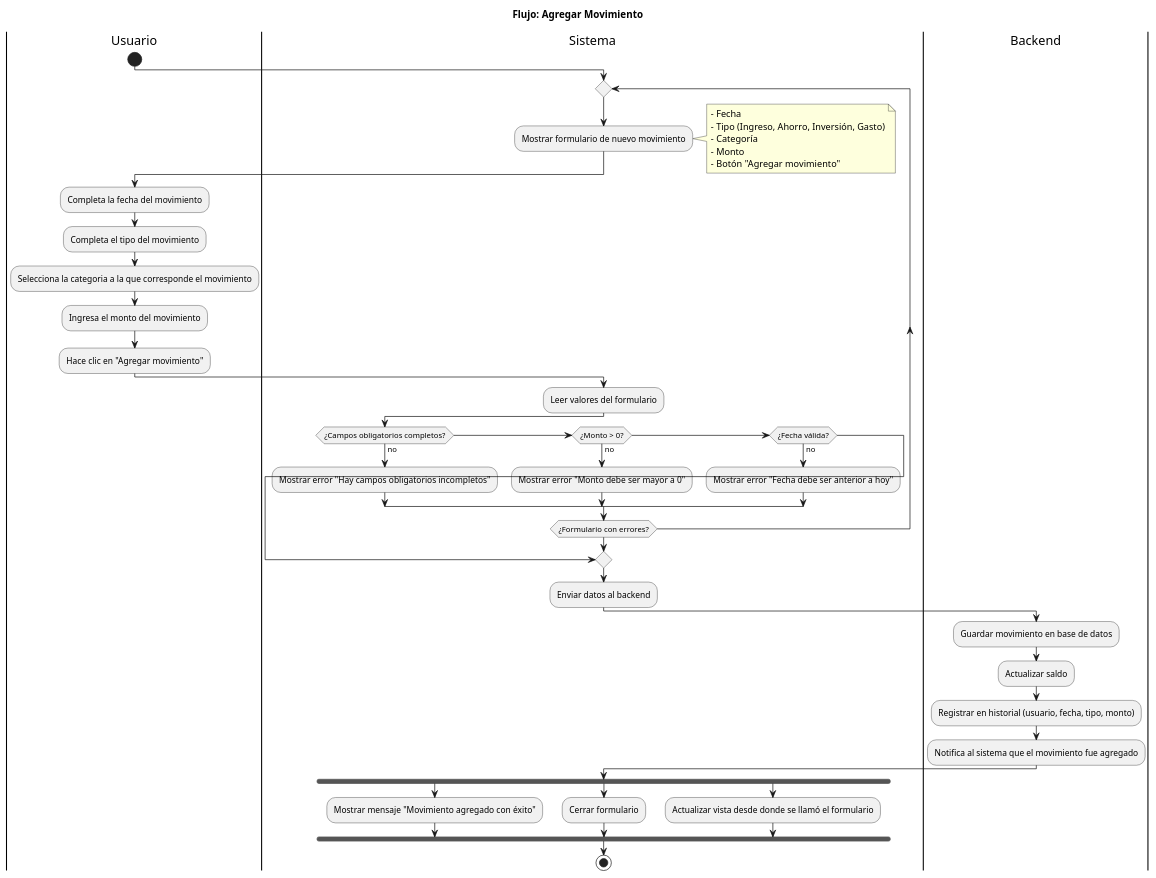
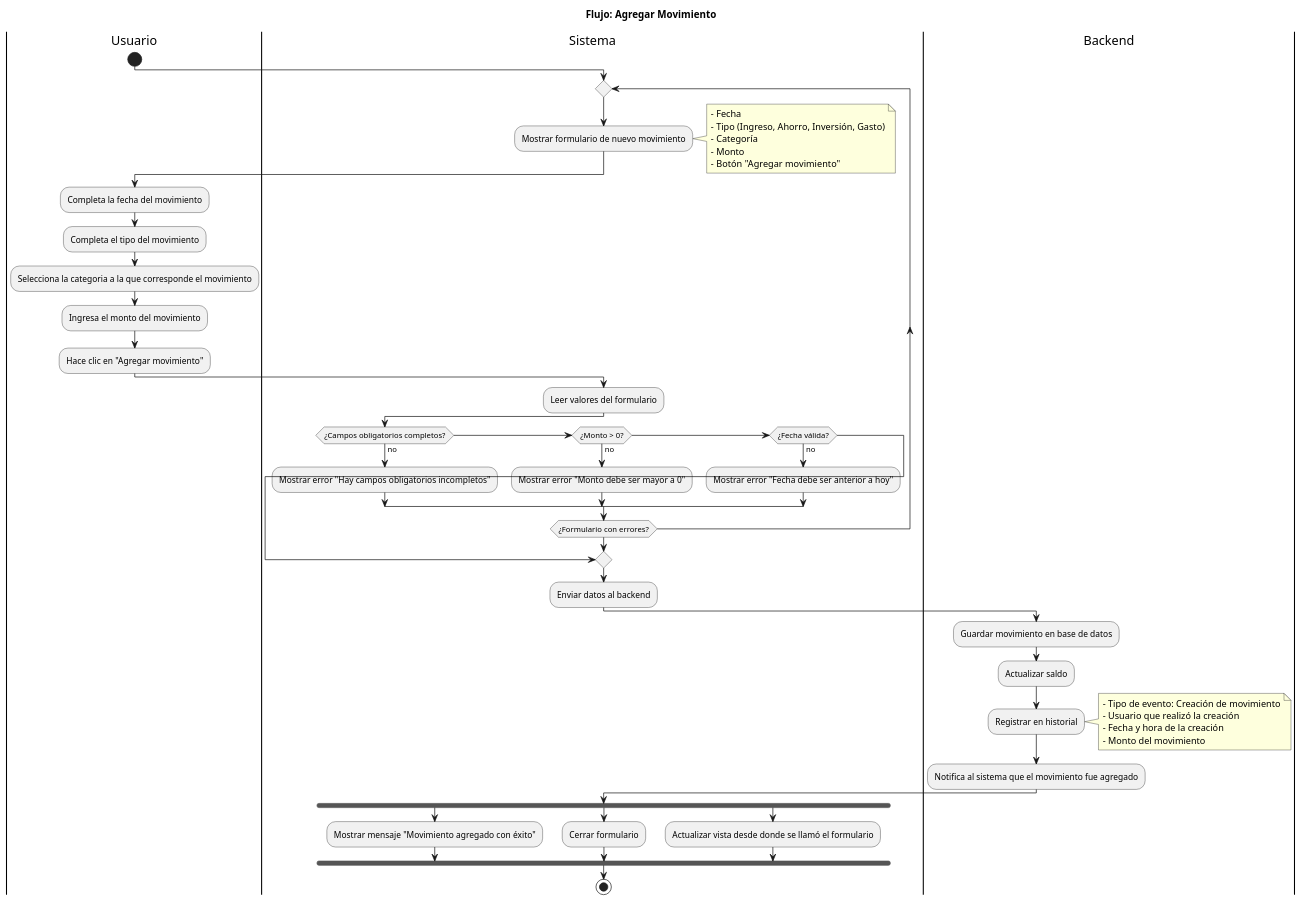
One commit to fioremos/simulador-planificacion-financiera changed the diagram in docs/04-diagramas/01-diagrama-de-actividades/actividad-flujo-1-agregar-movimiento.puml. Above: the diagram before and after it, drawn with PlantUML. The commit also changed 9 other files, not shown here.

```diff
--- a/docs/04-diagramas/01-diagrama-de-actividades/actividad-flujo-1-agregar-movimiento.puml
+++ b/docs/04-diagramas/01-diagrama-de-actividades/actividad-flujo-1-agregar-movimiento.puml
@@ -1,57 +1,63 @@
 @startuml agregar_movimiento
 title Flujo: Agregar Movimiento
 
 |Usuario|
 start
 
   |Sistema|
    repeat
   :Mostrar formulario de nuevo movimiento;
   note right
     - Fecha 
     - Tipo (Ingreso, Ahorro, Inversión, Gasto)
     - Categoría 
     - Monto
     - Botón "Agregar movimiento"
   end note
 
   |Usuario|
   :Completa la fecha del movimiento;
   :Completa el tipo del movimiento;
   :Selecciona la categoria a la que corresponde el movimiento;
   :Ingresa el monto del movimiento;
   :Hace clic en "Agregar movimiento";
 
   |Sistema|
   :Leer valores del formulario;
 
   if (¿Campos obligatorios completos?) then (no)
     :Mostrar error "Hay campos obligatorios incompletos";
   elseif (¿Monto > 0?) then (no)
     :Mostrar error "Monto debe ser mayor a 0";
   elseif (¿Fecha válida?) then (no)
     :Mostrar error "Fecha debe ser anterior a hoy";
   else
     break
   endif
 
 repeat while (¿Formulario con errores?)
 :Enviar datos al backend;
 
 |Backend|
 :Guardar movimiento en base de datos;
 :Actualizar saldo;
-:Registrar en historial (usuario, fecha, tipo, monto);
+:Registrar en historial;
+note right
+  - Tipo de evento: Creación de movimiento
+  - Usuario que realizó la creación
+  - Fecha y hora de la creación
+  - Monto del movimiento
+end note
 :Notifica al sistema que el movimiento fue agregado;
 
 |Sistema|
 fork
   :Mostrar mensaje "Movimiento agregado con éxito";
 fork again
   :Cerrar formulario;
 fork again
 :Actualizar vista desde donde se llamó el formulario;
 end fork
 stop
 
 @enduml
```
